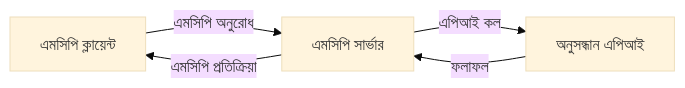
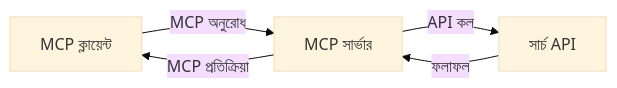
The second of 4 diagrams in translations/bn/05-AdvancedTopics/mcp-realtimesearch/README.md (microsoft/mcp-for-beginners), drawn with Mermaid (base theme) before and after one commit. The commit also changed other lines of this file and 118 other files, not shown here.

````diff
--- a/translations/bn/05-AdvancedTopics/mcp-realtimesearch/README.md
+++ b/translations/bn/05-AdvancedTopics/mcp-realtimesearch/README.md
@@ -598,7 +600,7 @@
 ```mermaid
 graph LR
-    Client[এমসিপি ক্লায়েন্ট] --> |এমসিপি অনুরোধ| Server[এমসিপি সার্ভার]
-    Server --> |এপিআই কল| SearchAPI[অনুসন্ধান এপিআই]
+    Client[MCP ক্লায়েন্ট] --> |MCP অনুরোধ| Server[MCP সার্ভার]
+    Server --> |API কল| SearchAPI[সার্চ API]
     SearchAPI --> |ফলাফল| Server
-    Server --> |এমসিপি প্রতিক্রিয়া| Client
+    Server --> |MCP প্রতিক্রিয়া| Client
 ```
````
